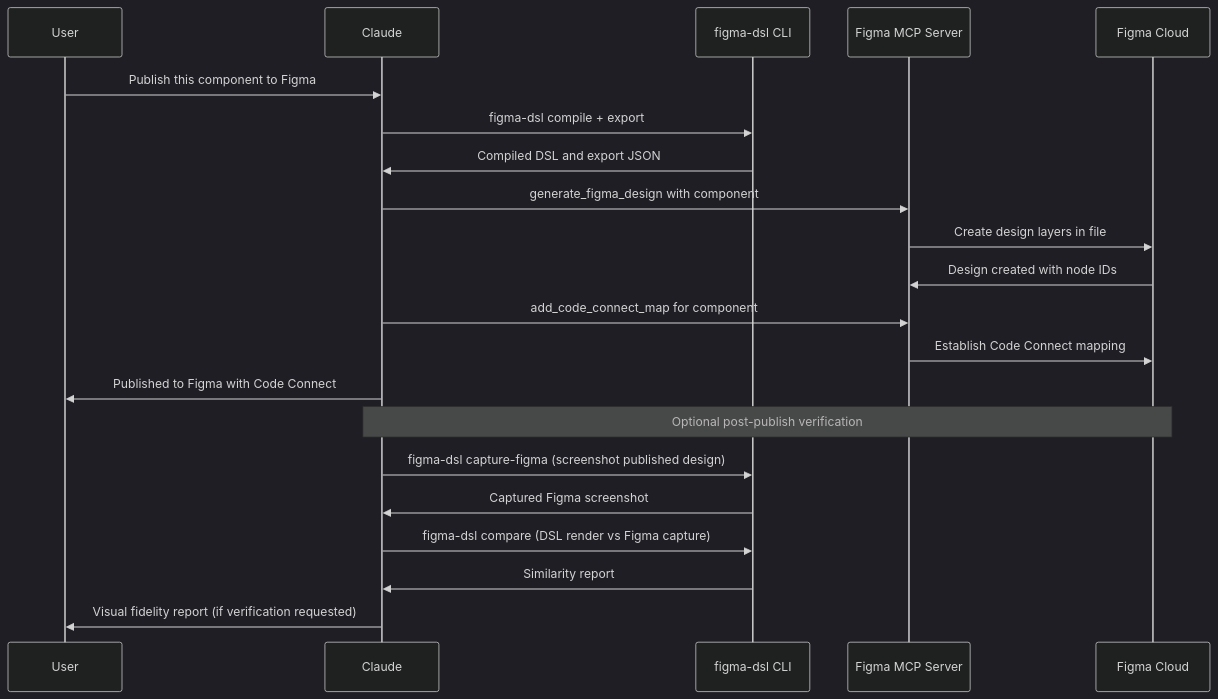
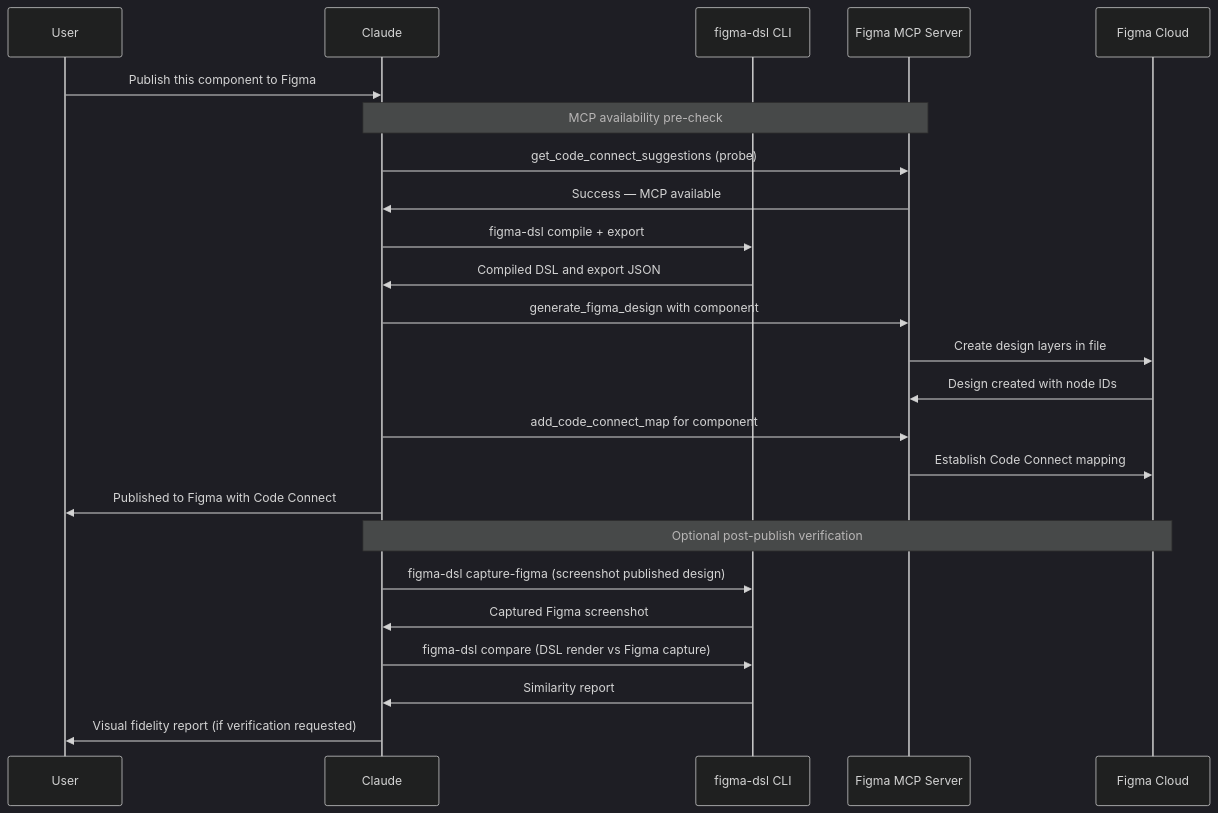
The fifth of 7 diagrams in .kiro/specs/claude-desktop-interactive-workflow/design.md (TETRA2000/figma-component-dsl), drawn with Mermaid (dark theme) before and after one commit. The commit also changed other lines of this file and 2 other files, not shown here.

First line of the commit message:
Apply design review fixes: sync merge, MCP pre-check, git strategy

````diff
--- a/.kiro/specs/claude-desktop-interactive-workflow/design.md
+++ b/.kiro/specs/claude-desktop-interactive-workflow/design.md
@@ -223,24 +230,27 @@
 ```mermaid
 sequenceDiagram
     participant U as User
     participant C as Claude
     participant CLI as figma-dsl CLI
     participant MCP as Figma MCP Server
     participant F as Figma Cloud
 
     U->>C: Publish this component to Figma
+    Note over C,MCP: MCP availability pre-check
+    C->>MCP: get_code_connect_suggestions (probe)
+    MCP->>C: Success — MCP available
     C->>CLI: figma-dsl compile + export
     CLI->>C: Compiled DSL and export JSON
     C->>MCP: generate_figma_design with component
     MCP->>F: Create design layers in file
     F->>MCP: Design created with node IDs
     C->>MCP: add_code_connect_map for component
     MCP->>F: Establish Code Connect mapping
     C->>U: Published to Figma with Code Connect
     Note over C,F: Optional post-publish verification
     C->>CLI: figma-dsl capture-figma (screenshot published design)
     CLI->>C: Captured Figma screenshot
     C->>CLI: figma-dsl compare (DSL render vs Figma capture)
     CLI->>C: Similarity report
     C->>U: Visual fidelity report (if verification requested)
 ```
````
